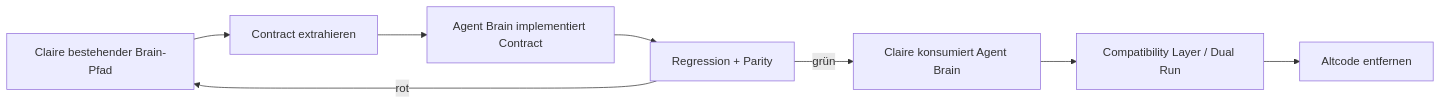
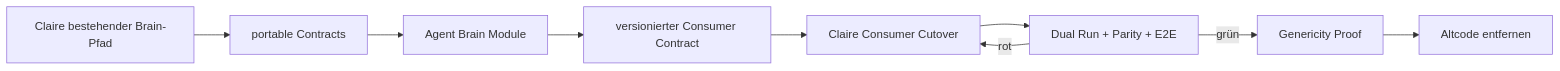
Before and after one commit to jannekbuengener/agent-brain: the diagram in docs/superpowers/specs/2026-10-20-agent-brain-extraction-design.md, drawn with Mermaid. The commit also changed other lines of this file and 3 other files, not shown here.

First line of the commit message:
docs: adopt roadmap v2 and close planning gaps

````diff
--- a/docs/superpowers/specs/2026-10-20-agent-brain-extraction-design.md
+++ b/docs/superpowers/specs/2026-10-20-agent-brain-extraction-design.md
@@ -104,10 +202,11 @@
 ```mermaid
 flowchart LR
-    OLD["Claire bestehender Brain-Pfad"] --> CONTRACT["Contract extrahieren"]
-    CONTRACT --> NEW["Agent Brain implementiert Contract"]
-    NEW --> PARITY["Regression + Parity"]
-    PARITY -->|"grün"| SWITCH["Claire konsumiert Agent Brain"]
-    SWITCH --> DUAL["Compatibility Layer / Dual Run"]
-    DUAL --> CLEAN["Altcode entfernen"]
-    PARITY -->|"rot"| OLD
+    OLD["Claire bestehender Brain-Pfad"] --> CONTRACT["portable Contracts"]
+    CONTRACT --> NEW["Agent Brain Module"]
+    NEW --> VERSION["versionierter Consumer Contract"]
+    VERSION --> CUT["Claire Consumer Cutover"]
+    CUT --> DUAL["Dual Run + Parity + E2E"]
+    DUAL -->|"grün"| GENERIC["Genericity Proof"]
+    GENERIC --> CLEAN["Altcode entfernen"]
+    DUAL -->|"rot"| CUT
 ```
````
